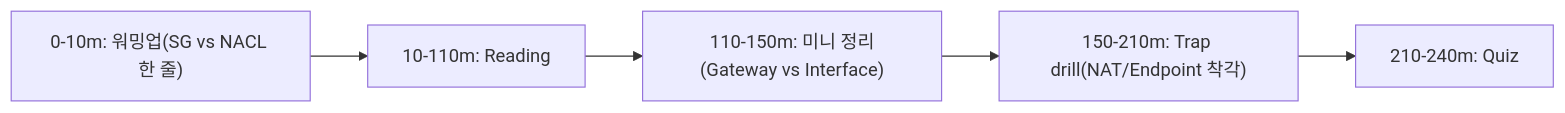
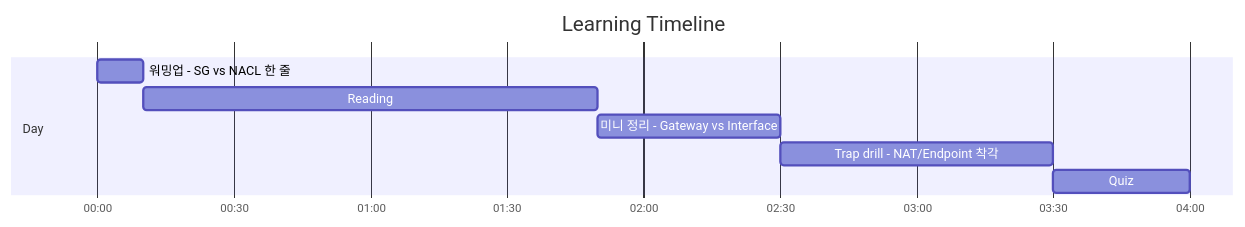
One commit to niceguy61/aws-saa-lecture-2026 changed the first of 2 diagrams in aws-saa/week01/day04/README.md. Above: the diagram before and after it, drawn with Mermaid. The commit also changed 21 other files, not shown here.

Commit message:
docs(aws-saa): use mermaid gantt for learning timelines

````diff
--- a/aws-saa/week01/day04/README.md
+++ b/aws-saa/week01/day04/README.md
@@ -24,7 +24,12 @@
 ```mermaid
-flowchart LR
-  A["0-10m: 워밍업(SG vs NACL 한 줄)"] --> B["10-110m: Reading"]
-  B --> C["110-150m: 미니 정리(Gateway vs Interface)"]
-  C --> D["150-210m: Trap drill(NAT/Endpoint 착각)"]
-  D --> E["210-240m: Quiz"]
+gantt
+  title Learning Timeline
+  dateFormat  HH:mm
+  axisFormat  %H:%M
+  section Day
+  워밍업 - SG vs NACL 한 줄 :t1, 00:00, 10m
+  Reading :t2, after t1, 100m
+  미니 정리 - Gateway vs Interface :t3, after t2, 40m
+  Trap drill - NAT/Endpoint 착각 :t4, after t3, 60m
+  Quiz :t5, after t4, 30m
 ```
````
